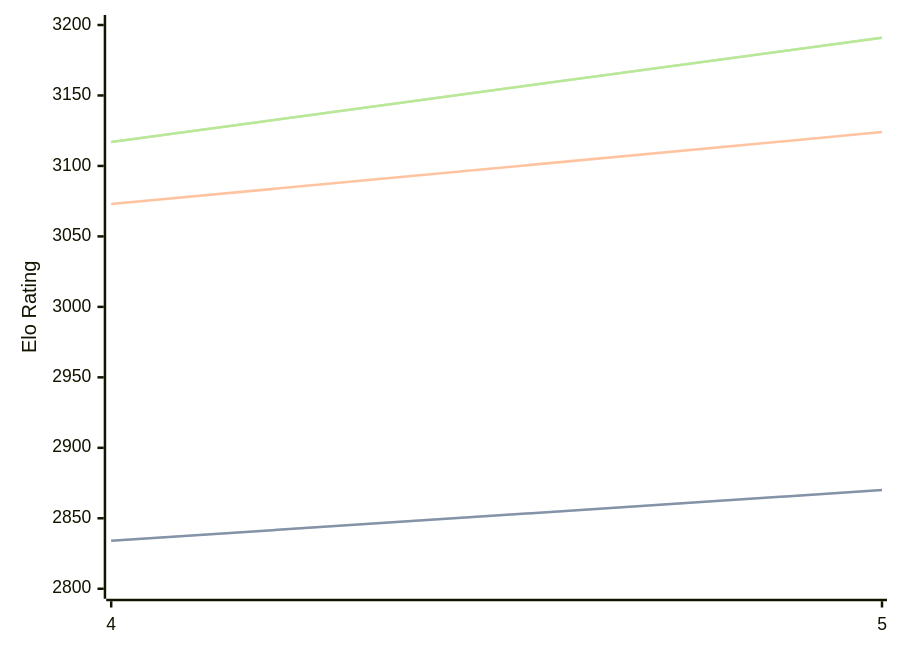
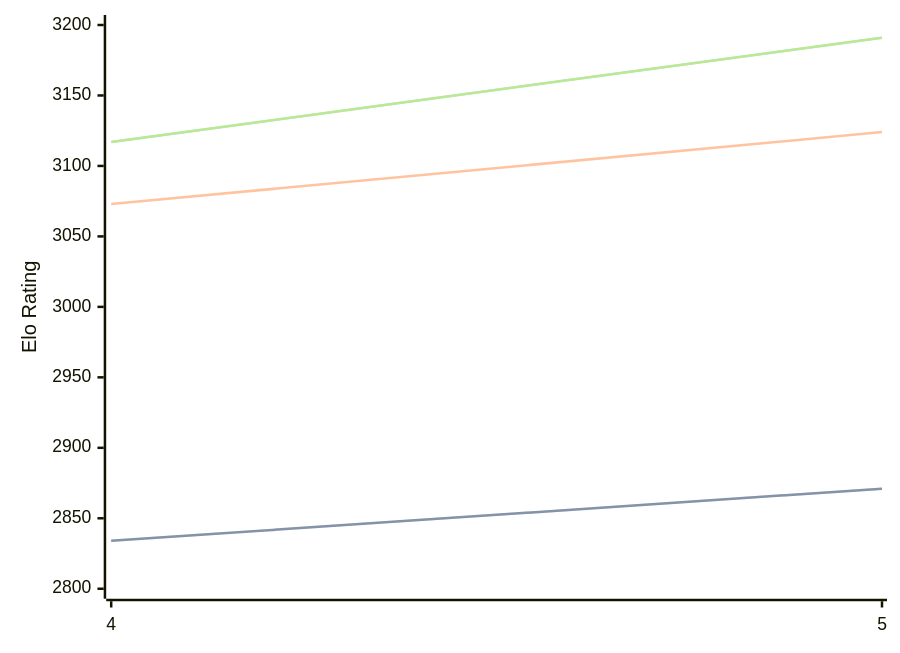
Before and after one commit to computer-chess-index/cci: the third of 3 diagrams in engines/Cwtch.md, drawn with Mermaid. The commit also changed other lines of this file, not shown here.

````diff
--- a/engines/Cwtch.md
+++ b/engines/Cwtch.md
@@ -67,11 +67,11 @@
 ```mermaid
 %%{init: {"theme":"base","themeVariables":{"seriesColors:['#a3a3a3','#222221','#faa371']}}}%%
 xychart-beta
   x-axis ["4", "5"]
   y-axis "Elo Rating" 2800 --> 3200
-  line "STC (8.0+0.08s)" [2834, 2870]
-  line "STC (8.0+0.08s)" [2834, 2870]
+  line "STC (8.0+0.08s)" [2834, 2871]
+  line "STC (8.0+0.08s)" [2834, 2871]
   line "LTC (60.0+0.60s)" [3073, 3124]
   line "VLTC (2m24s+1.12s)" [3117, 3191]
   line "VLTC (2m24s+1.12s)" [3117, 3191]
 ```
````
